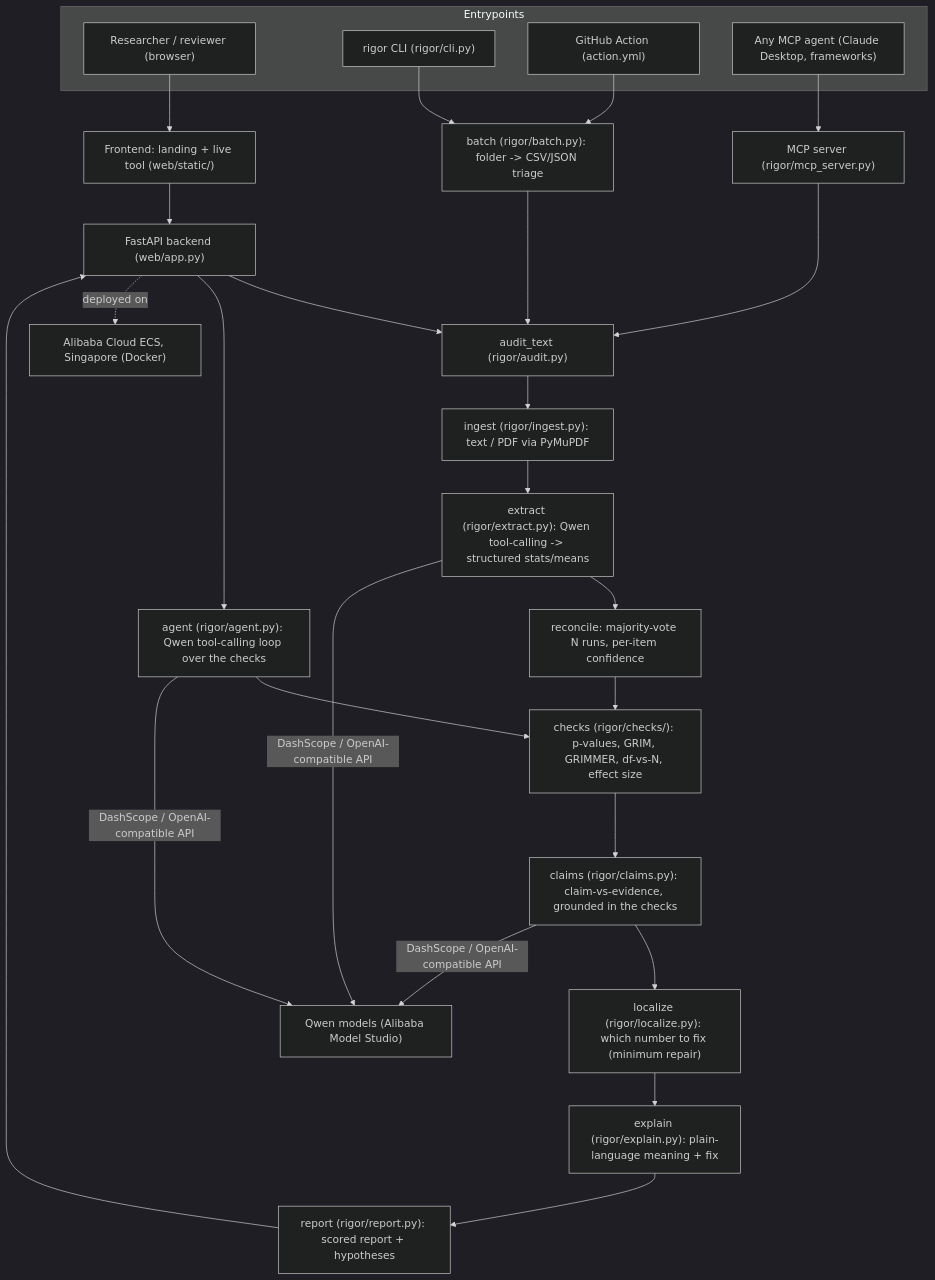
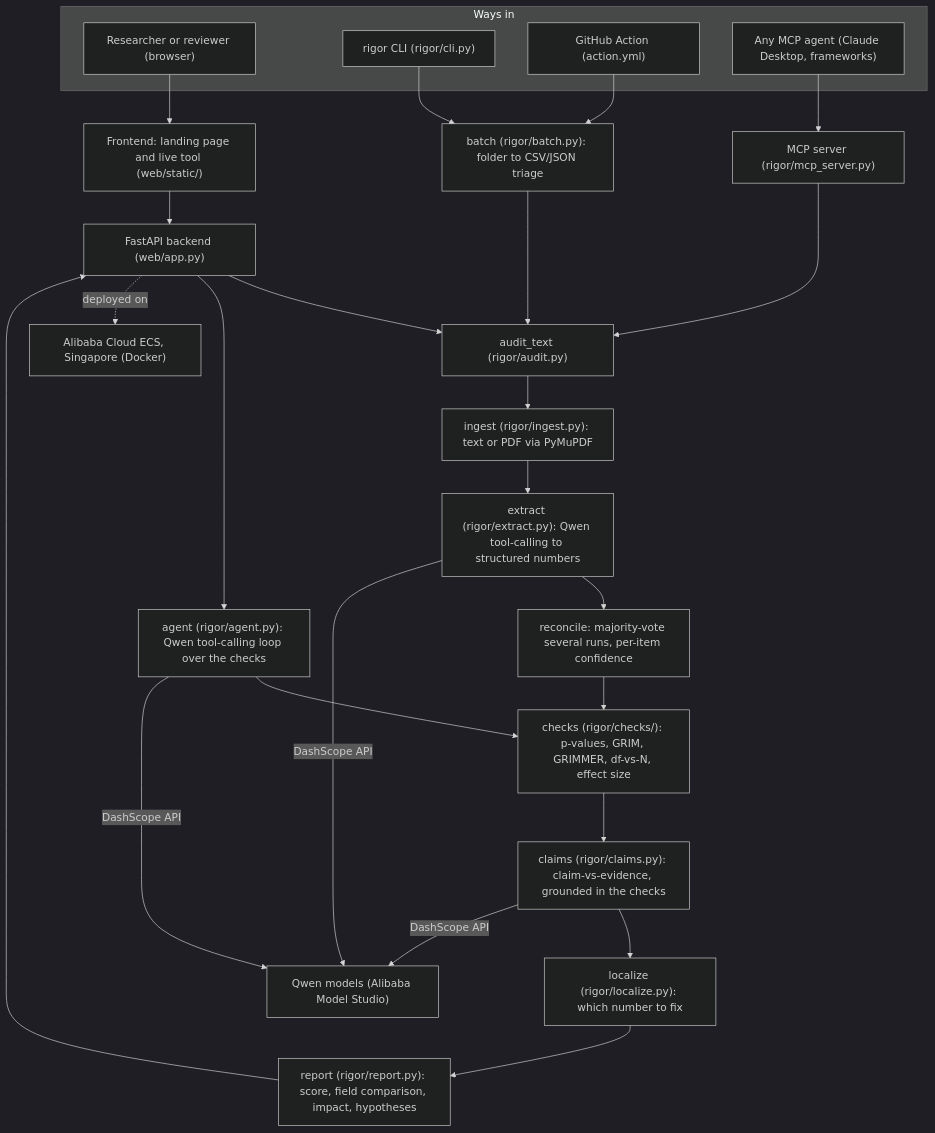
Before and after one commit to usv240/rigor: the diagram in docs/architecture.md, drawn with Mermaid (dark theme). The commit also changed other lines of this file and 3 other files, not shown here.

Commit message:
Humanize README and architecture docs; add highlights and ADR 0010

````diff
--- a/docs/architecture.md
+++ b/docs/architecture.md
@@ -12,37 +10,36 @@
 ```mermaid
 flowchart TD
-    subgraph Entrypoints
-      U["Researcher / reviewer (browser)"]
+    subgraph entry["Ways in"]
+      U["Researcher or reviewer (browser)"]
       CLI["rigor CLI (rigor/cli.py)"]
       GH["GitHub Action (action.yml)"]
       AG["Any MCP agent (Claude Desktop, frameworks)"]
     end
 
-    U --> FE["Frontend: landing + live tool (web/static/)"]
+    U --> FE["Frontend: landing page and live tool (web/static/)"]
     FE --> API["FastAPI backend (web/app.py)"]
-    CLI --> BATCH["batch (rigor/batch.py): folder -> CSV/JSON triage"]
+    CLI --> BATCH["batch (rigor/batch.py): folder to CSV/JSON triage"]
     GH --> BATCH
     AG --> MCP["MCP server (rigor/mcp_server.py)"]
 
     API --> AUD["audit_text (rigor/audit.py)"]
     BATCH --> AUD
     MCP --> AUD
 
-    AUD --> ING["ingest (rigor/ingest.py): text / PDF via PyMuPDF"]
-    ING --> EX["extract (rigor/extract.py): Qwen tool-calling -> structured stats/means"]
-    EX --> RC["reconcile: majority-vote N runs, per-item confidence"]
+    AUD --> ING["ingest (rigor/ingest.py): text or PDF via PyMuPDF"]
+    ING --> EX["extract (rigor/extract.py): Qwen tool-calling to structured numbers"]
+    EX --> RC["reconcile: majority-vote several runs, per-item confidence"]
     RC --> CK["checks (rigor/checks/): p-values, GRIM, GRIMMER, df-vs-N, effect size"]
     CK --> CM["claims (rigor/claims.py): claim-vs-evidence, grounded in the checks"]
-    CM --> LOC["localize (rigor/localize.py): which number to fix (minimum repair)"]
-    LOC --> EXP["explain (rigor/explain.py): plain-language meaning + fix"]
-    EXP --> RP["report (rigor/report.py): scored report + hypotheses"]
+    CM --> LOC["localize (rigor/localize.py): which number to fix"]
+    LOC --> RP["report (rigor/report.py): score, field comparison, impact, hypotheses"]
     RP --> API
 
     API --> AGENT["agent (rigor/agent.py): Qwen tool-calling loop over the checks"]
     AGENT --> CK
 
-    EX -->|DashScope / OpenAI-compatible API| Q["Qwen models (Alibaba Model Studio)"]
-    CM -->|DashScope / OpenAI-compatible API| Q
-    AGENT -->|DashScope / OpenAI-compatible API| Q
+    EX -->|DashScope API| Q["Qwen models (Alibaba Model Studio)"]
+    CM -->|DashScope API| Q
+    AGENT -->|DashScope API| Q
     API -.deployed on.-> ECS["Alibaba Cloud ECS, Singapore (Docker)"]
 ```
````
